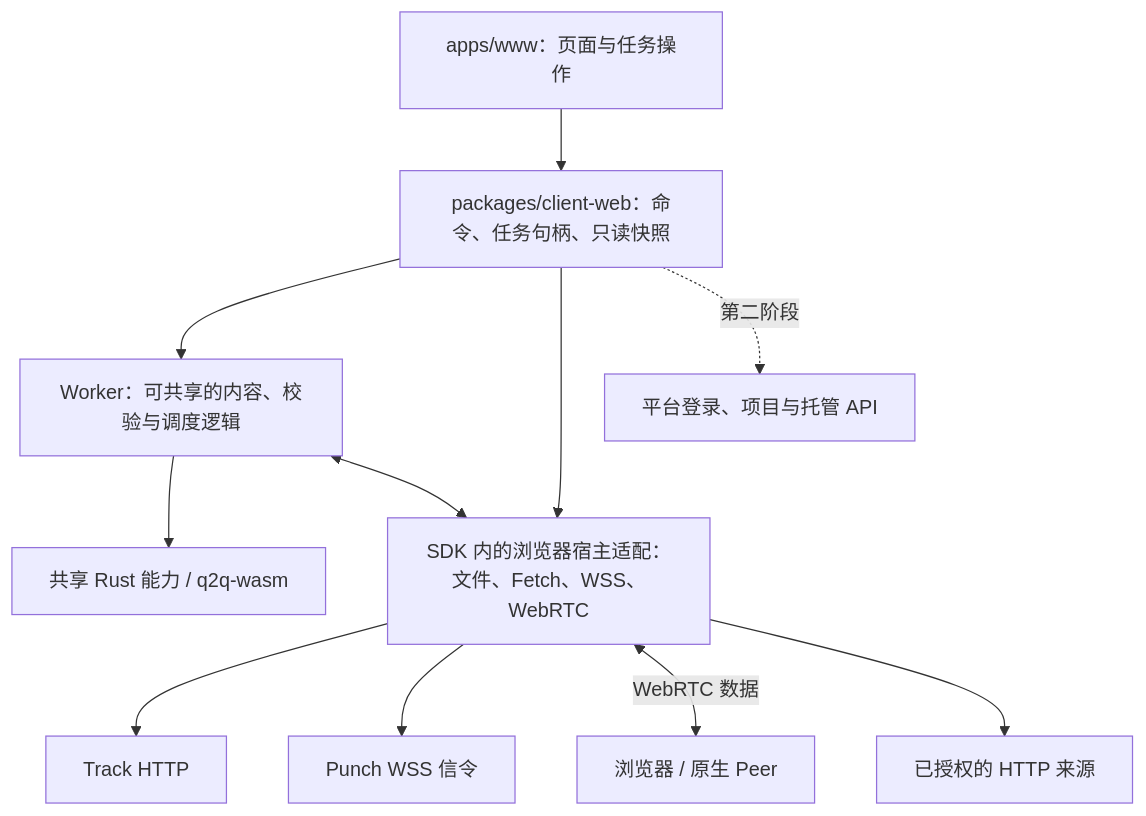
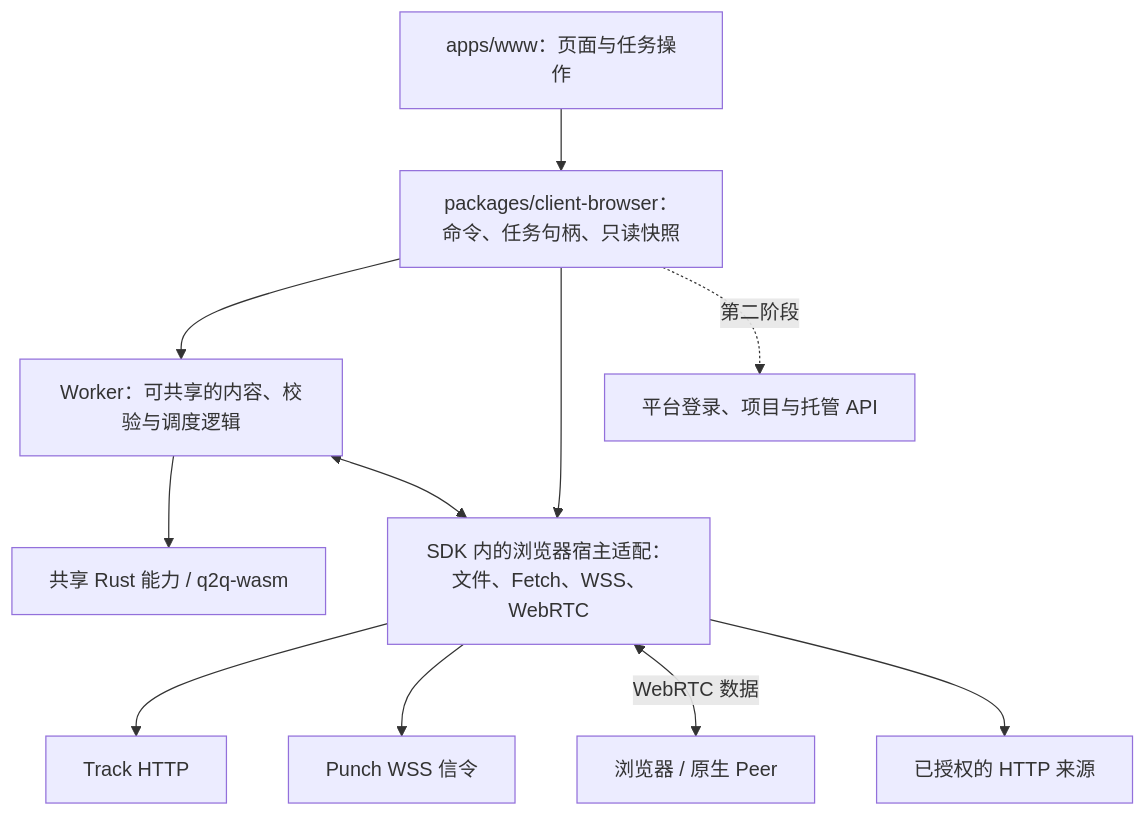
Before and after one commit to mivinci/Q2Q: the diagram in todos/web-client.md, drawn with Mermaid. The commit also changed other lines of this file and 97 other files, not shown here.

First line of the commit message:
refactor(web): rename @q2q/client-web to @q2q/client-browser

````diff
--- a/todos/web-client.md
+++ b/todos/web-client.md
@@ -173,13 +173,13 @@
 ```mermaid
 flowchart TD
-    UI["apps/www：页面与任务操作"] --> Tasks["packages/client-web：命令、任务句柄、只读快照"]
+    UI["apps/www：页面与任务操作"] --> Tasks["packages/client-browser：命令、任务句柄、只读快照"]
     Tasks --> Worker["Worker：可共享的内容、校验与调度逻辑"]
     Worker --> Wasm["共享 Rust 能力 / q2q-wasm"]
     Tasks --> IO["SDK 内的浏览器宿主适配：文件、Fetch、WSS、WebRTC"]
     Worker <--> IO
     IO --> Track[Track HTTP]
     IO --> Punch[Punch WSS 信令]
     IO <-->|WebRTC 数据| Peer[浏览器 / 原生 Peer]
     IO --> Sources[已授权的 HTTP 来源]
     Tasks -. 第二阶段 .-> Platform[平台登录、项目与托管 API]
 ```
````
